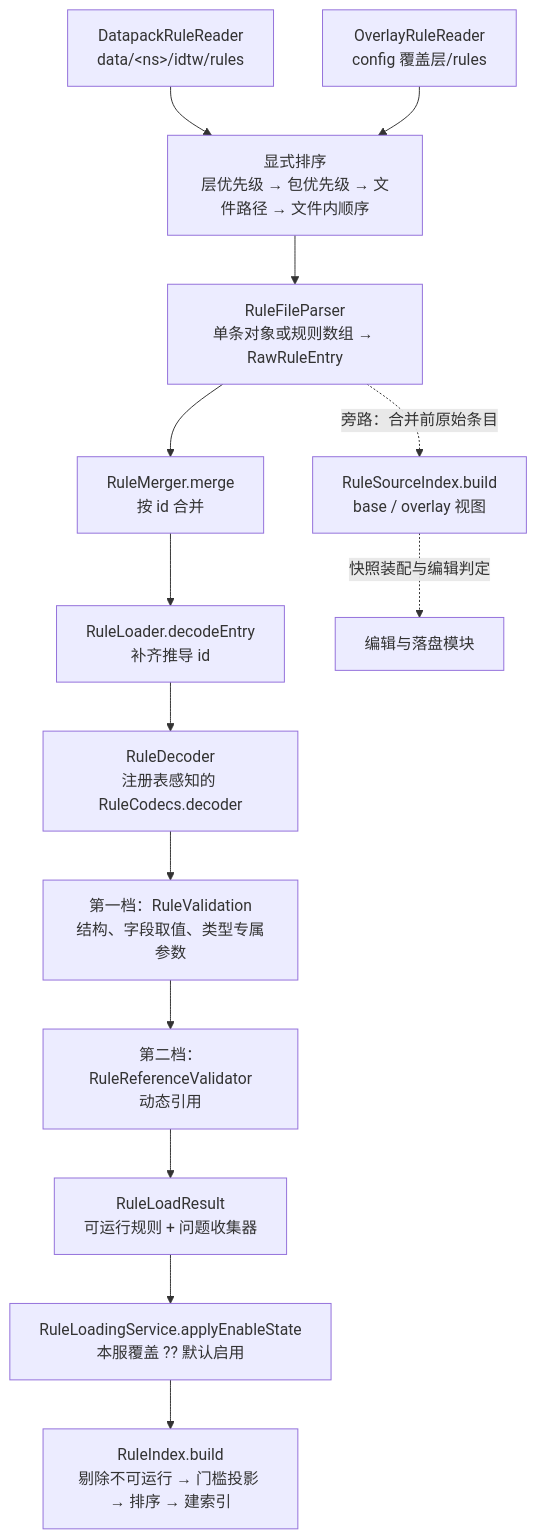
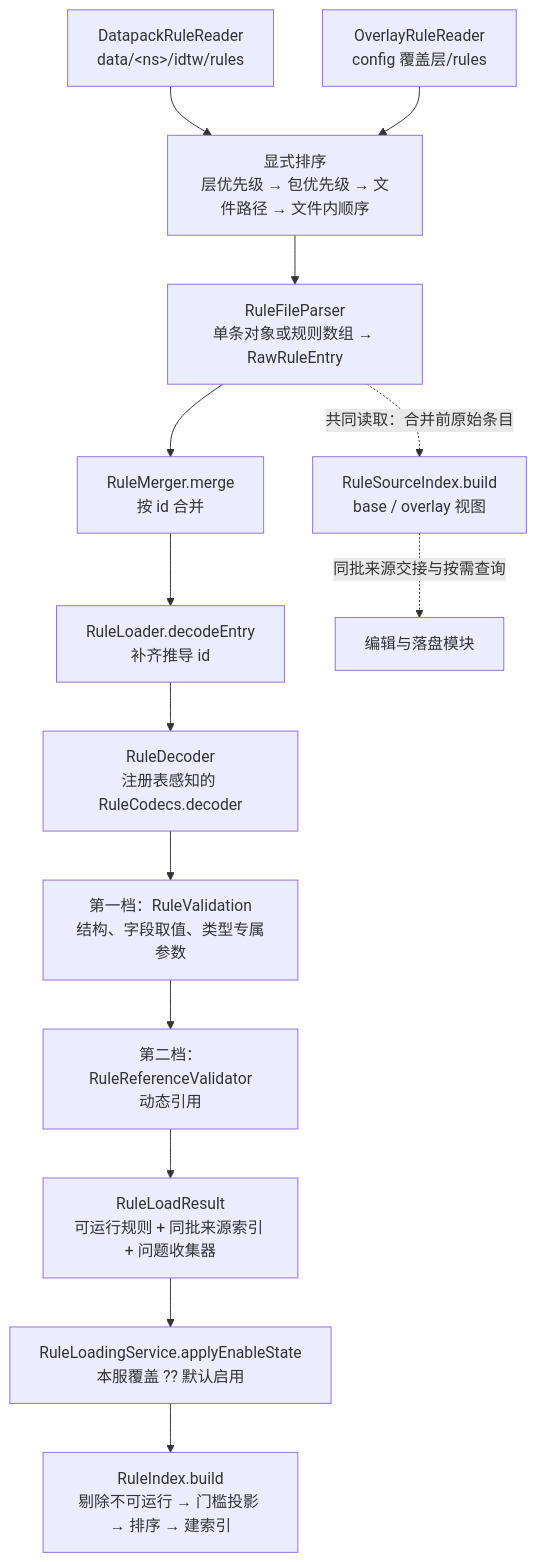
One commit to meteoritel/item-despawn-to-what changed the diagram in docs/modules/rule-loading.md. Above: the diagram before and after it, drawn with Mermaid. The commit also changed other lines of this file and 20 other files, not shown here.

````diff
--- a/docs/modules/rule-loading.md
+++ b/docs/modules/rule-loading.md
@@ -60,16 +60,16 @@
 ```mermaid
 flowchart TD
     A["DatapackRuleReader<br/>data/&lt;ns&gt;/idtw/rules"] --> S["显式排序<br/>层优先级 → 包优先级 → 文件路径 → 文件内顺序"]
     B["OverlayRuleReader<br/>config 覆盖层/rules"] --> S
     S --> P["RuleFileParser<br/>单条对象或规则数组 → RawRuleEntry"]
     P --> M["RuleMerger.merge<br/>按 id 合并"]
     M --> D["RuleLoader.decodeEntry<br/>补齐推导 id"]
     D --> C["RuleDecoder<br/>注册表感知的 RuleCodecs.decoder"]
     C --> V1["第一档：RuleValidation<br/>结构、字段取值、类型专属参数"]
     V1 --> V2["第二档：RuleReferenceValidator<br/>动态引用"]
-    V2 --> R["RuleLoadResult<br/>可运行规则 + 问题收集器"]
+    V2 --> R["RuleLoadResult<br/>可运行规则 + 同批来源索引 + 问题收集器"]
     R --> E["RuleLoadingService.applyEnableState<br/>本服覆盖 ?? 默认启用"]
     E --> I["RuleIndex.build<br/>剔除不可运行 → 门槛投影 → 排序 → 建索引"]
-    P -.->|"旁路：合并前原始条目"| SI["RuleSourceIndex.build<br/>base / overlay 视图"]
-    SI -.->|"快照装配与编辑判定"| SN["编辑与落盘模块"]
+    P -.->|"共同读取：合并前原始条目"| SI["RuleSourceIndex.build<br/>base / overlay 视图"]
+    SI -.->|"同批来源交接与按需查询"| SN["编辑与落盘模块"]
 ```
````
